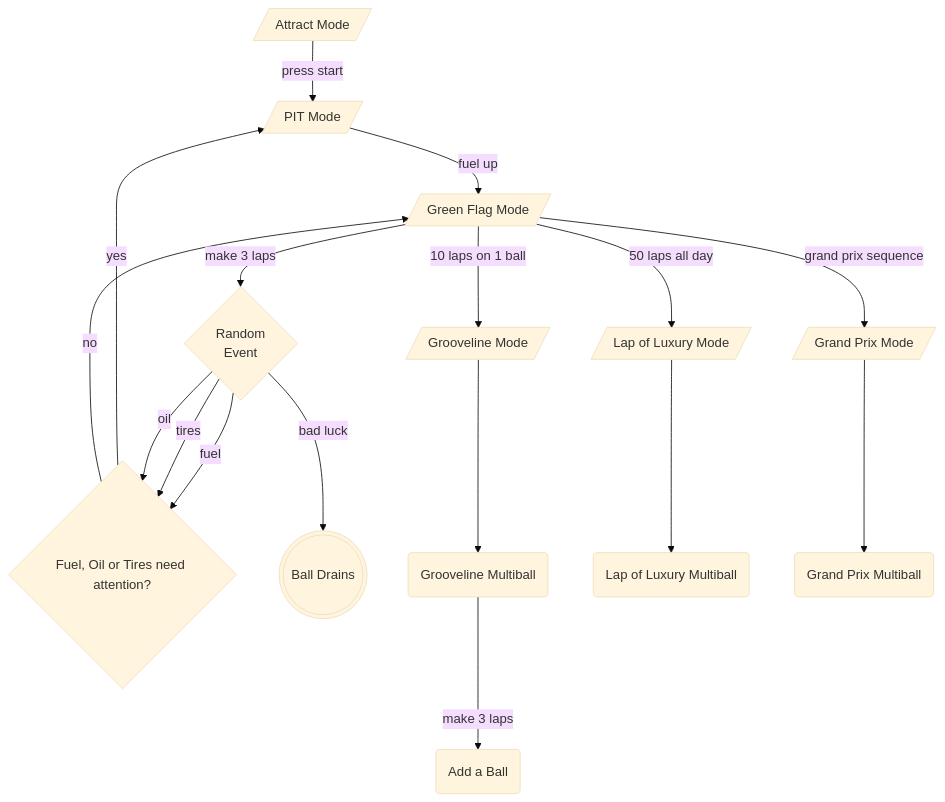
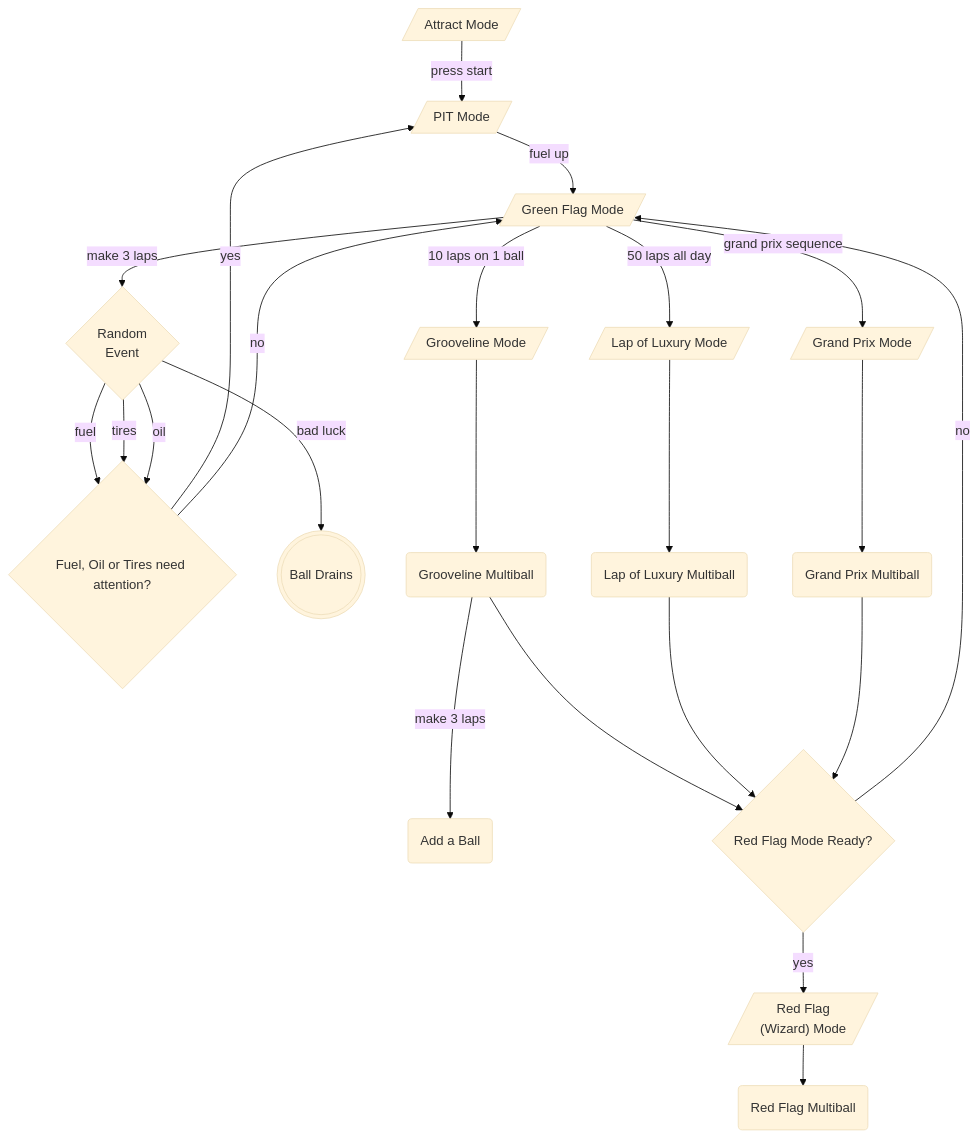
The diagram in README.md (deathsave/grand-prix), drawn with Mermaid (base theme) before and after one commit. The commit also changed 4 other files, not shown here.

Commit message:
feat: complete red flag mode qualification

````diff
--- a/README.md
+++ b/README.md
@@ -25,20 +25,27 @@
 ```mermaid
 graph TD
   ATTRACT[/"Attract Mode"/] -- press start --> PIT[/"PIT Mode"/]
   PIT -- fuel up --> GREEN_FLAG[/"Green Flag Mode"/]
   GREEN_FLAG -- make 3 laps --> RANDOM1{"Random<br>Event"}
   GREEN_FLAG -- 10 laps on 1 ball --> GL_MODE[/"Grooveline Mode"/]
   GREEN_FLAG -- 50 laps all day --> LUX_MODE[/"Lap of Luxury Mode"/]
   GREEN_FLAG -- grand prix sequence --> GP_MODE[/"Grand Prix Mode"/]
   RANDOM1 -- fuel -->
-    PIT_CHECK{"Fuel, Oil or Tires need attention?"}
-  RANDOM1 -- tires --> PIT_CHECK
-  RANDOM1 -- oil --> PIT_CHECK
+    IS_NEED_PIT{"Fuel, Oil or Tires need attention?"}
+  RANDOM1 -- tires --> IS_NEED_PIT
+  RANDOM1 -- oil --> IS_NEED_PIT
   RANDOM1 -- bad luck --> BALL_DRAINS((("Ball Drains")))
-  PIT_CHECK -- yes --> PIT
-  PIT_CHECK -- no --> GREEN_FLAG
+  IS_NEED_PIT -- yes --> PIT
+  IS_NEED_PIT -- no --> GREEN_FLAG
   GL_MODE --> GL_MULTI("Grooveline Multiball")
   LUX_MODE --> LUX_MULTI("Lap of Luxury Multiball")
   GP_MODE --> GP_MULTI("Grand Prix Multiball")
   GL_MULTI -- make 3 laps --> GL_MULTI_ADD_BALL("Add a Ball")
+  GL_MULTI -->
+      IS_RF_MODE_READY{"Red Flag Mode Ready?"}
+  LUX_MULTI --> IS_RF_MODE_READY
+  GP_MULTI --> IS_RF_MODE_READY
+  IS_RF_MODE_READY -- yes --> RF_MODE[/"Red Flag<br>(Wizard) Mode"/]
+  IS_RF_MODE_READY -- no --> GREEN_FLAG
+  RF_MODE --> RF_MULTI("Red Flag Multiball")
 ```
````
